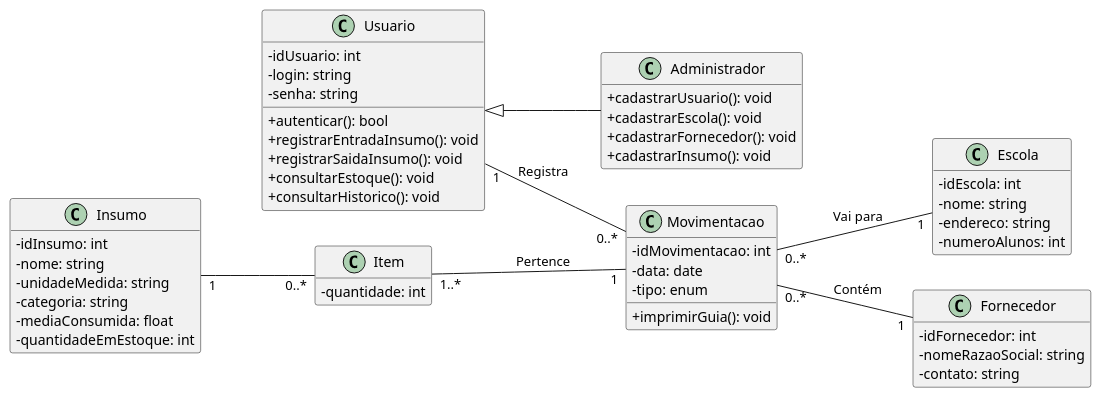
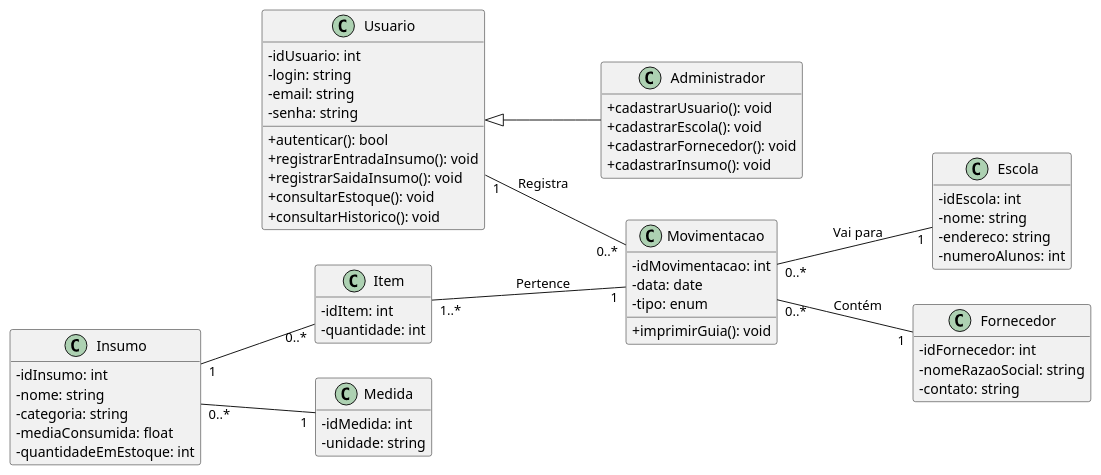
The diagram in diagramas/diagrama-de-classes.puml (NOCKjr/TESI_I_PROJETO_ESTOQUE), drawn with PlantUML before and after one commit.

Commit message:
feat: Adiciona email em usuário e a class de medida

```diff
--- a/diagramas/diagrama-de-classes.puml
+++ b/diagramas/diagrama-de-classes.puml
@@ -1,72 +1,79 @@
 @startuml Diagrama de Classes do SIGEME
 
 skinparam classAttributeIconSize 0
 hide empty members
 
 left to right direction
 
 class Usuario {
     -idUsuario: int
     -login: string
+    -email: string
     -senha: string
 
     +autenticar(): bool
     +registrarEntradaInsumo(): void
     +registrarSaidaInsumo(): void
     +consultarEstoque(): void
     +consultarHistorico(): void
 }
 
 class Administrador extends Usuario {
     +cadastrarUsuario(): void
     +cadastrarEscola(): void
     +cadastrarFornecedor(): void
     +cadastrarInsumo(): void
 }
 
 class Movimentacao {
     -idMovimentacao: int
     -data: date
     -tipo: enum 
 
     +imprimirGuia(): void
 }
 
 class Escola {
     -idEscola: int
     -nome: string
     -endereco: string
     -numeroAlunos: int
 }
 
 class Fornecedor {
     -idFornecedor: int
     -nomeRazaoSocial: string
     -contato: string
 }
 
 class Item {
+    - idItem: int
     - quantidade: int
 }
 
 class Insumo {
     -idInsumo: int
     -nome: string
-    -unidadeMedida: string
     -categoria: string
     -mediaConsumida: float
     -quantidadeEmEstoque: int 
 }
 
+class Medida {
+    -idMedida: int
+    -unidade: string
+}
 
 Usuario "1" -- "0..*" Movimentacao : Registra
 
 Movimentacao "0..*" -- "1" Escola : Vai para
 
 Movimentacao "0..*" -- "1" Fornecedor : Contém
 
 Item "1..*" -- "1" Movimentacao: Pertence 
 
 Insumo "1" -- "0..*" Item
 
+Insumo "0..*" -- "1" Medida
+
 @enduml
```
